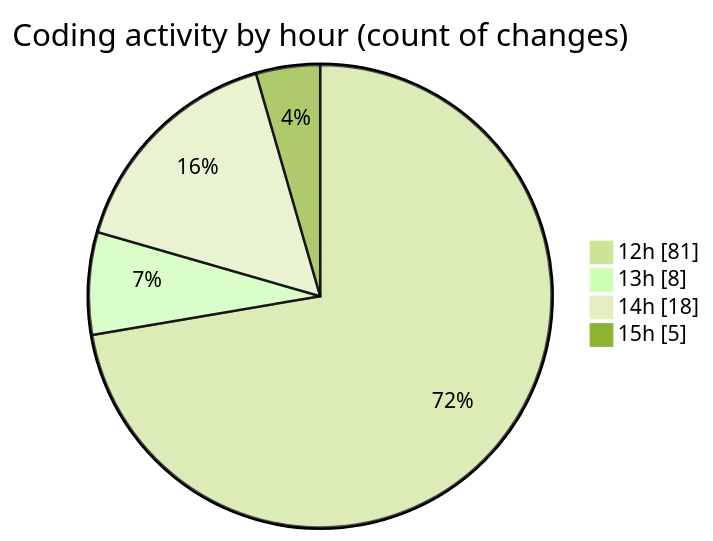
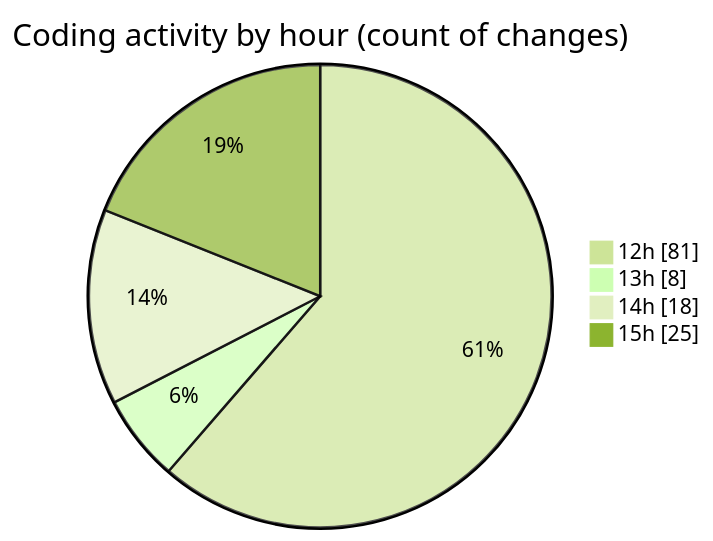
Before and after one commit to Ritupan-Deka/code-tracking: the second of 2 diagrams in 2025-12-28/rust/README.md, drawn with Mermaid (forest theme). The commit also changed other lines of this file and 1 other file, not shown here.

````diff
--- a/2025-12-28/rust/README.md
+++ b/2025-12-28/rust/README.md
@@ -30,8 +30,8 @@
 ```mermaid
 pie showData
 title Coding activity by hour (count of changes)
 "12h" : 81
 "13h" : 8
 "14h" : 18
-"15h" : 5
+"15h" : 25
 ```
````
